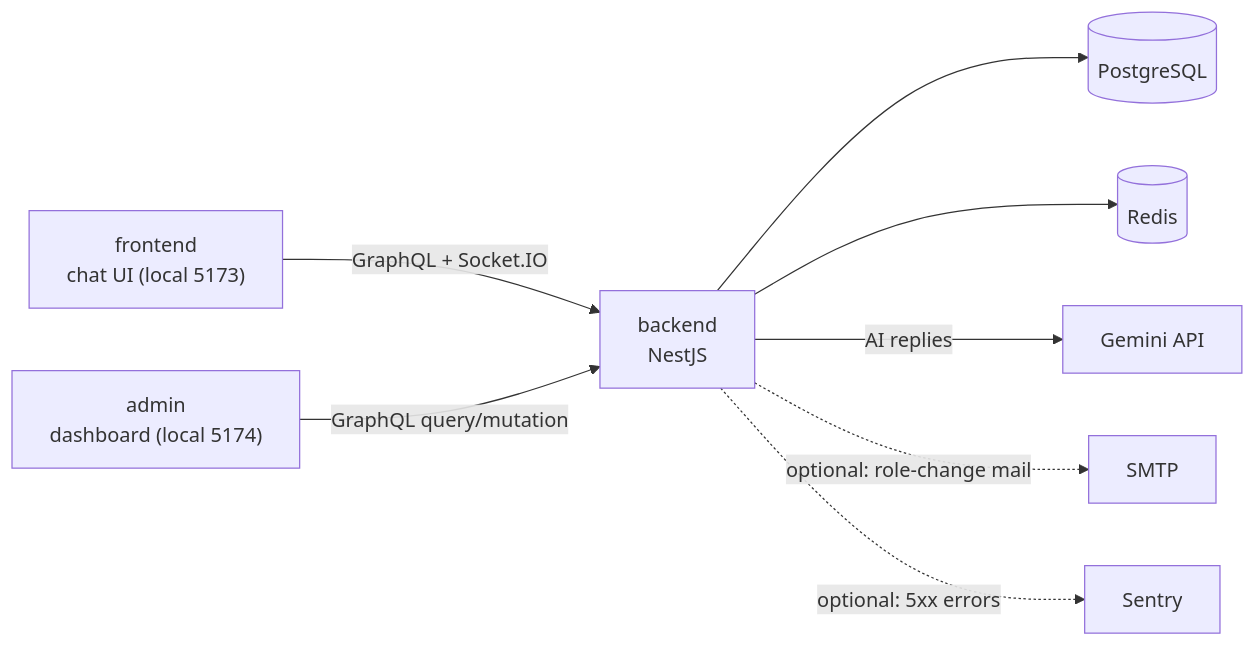
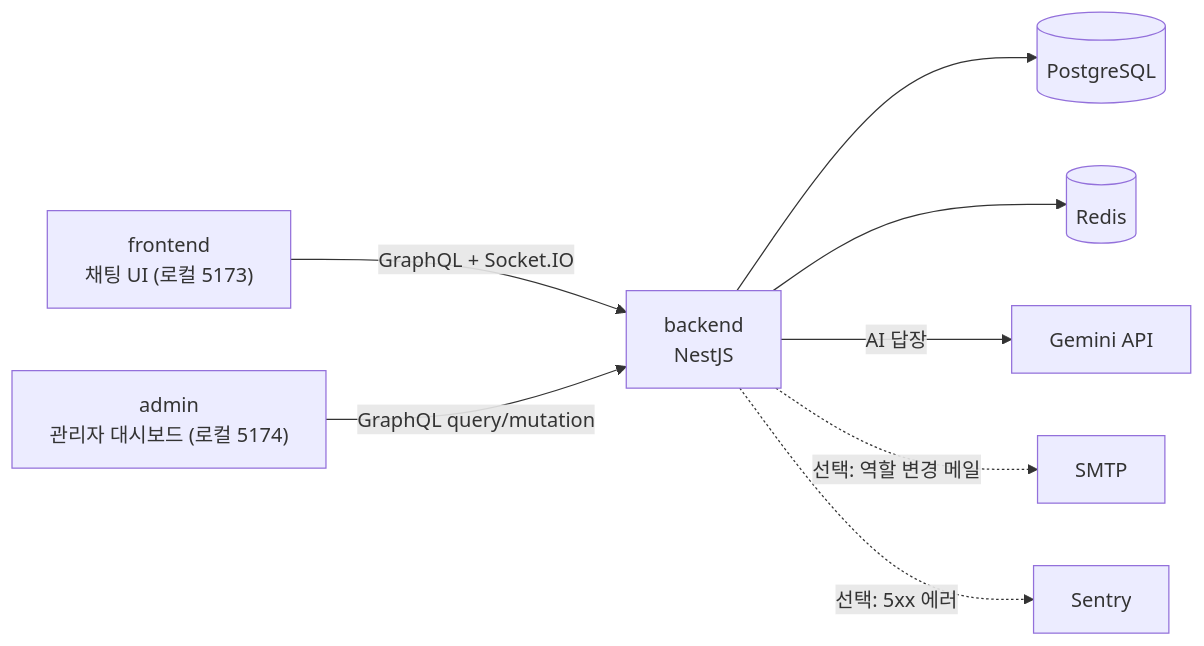
One commit to Bluecode77732/Chat-project changed the first of 2 diagrams in README.md. Above: the diagram before and after it, drawn with Mermaid. The commit also changed other lines of this file and 22 other files, not shown here.

````diff
--- a/README.md
+++ b/README.md
@@ -147,10 +146,10 @@
 ```mermaid
 flowchart LR
-    FE["frontend<br/>chat UI (local 5173)"] -- "GraphQL + Socket.IO" --> BE["backend<br/>NestJS"]
-    AD["admin<br/>dashboard (local 5174)"] -- "GraphQL query/mutation" --> BE
+    FE["frontend<br/>채팅 UI (로컬 5173)"] -- "GraphQL + Socket.IO" --> BE["backend<br/>NestJS"]
+    AD["admin<br/>관리자 대시보드 (로컬 5174)"] -- "GraphQL query/mutation" --> BE
     BE --> PG[("PostgreSQL")]
     BE --> RD[("Redis")]
-    BE -- "AI replies" --> GM["Gemini API"]
-    BE -. "optional: role-change mail" .-> SMTP["SMTP"]
-    BE -. "optional: 5xx errors" .-> SE["Sentry"]
+    BE -- "AI 답장" --> GM["Gemini API"]
+    BE -. "선택: 역할 변경 메일" .-> SMTP["SMTP"]
+    BE -. "선택: 5xx 에러" .-> SE["Sentry"]
 ```
````
